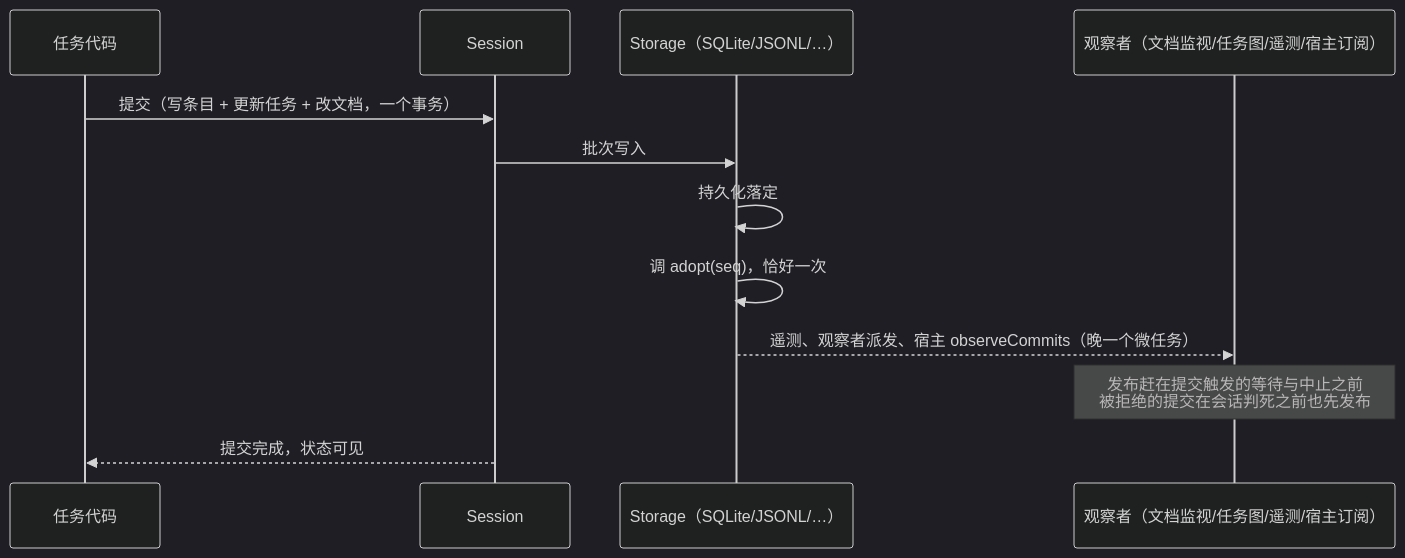
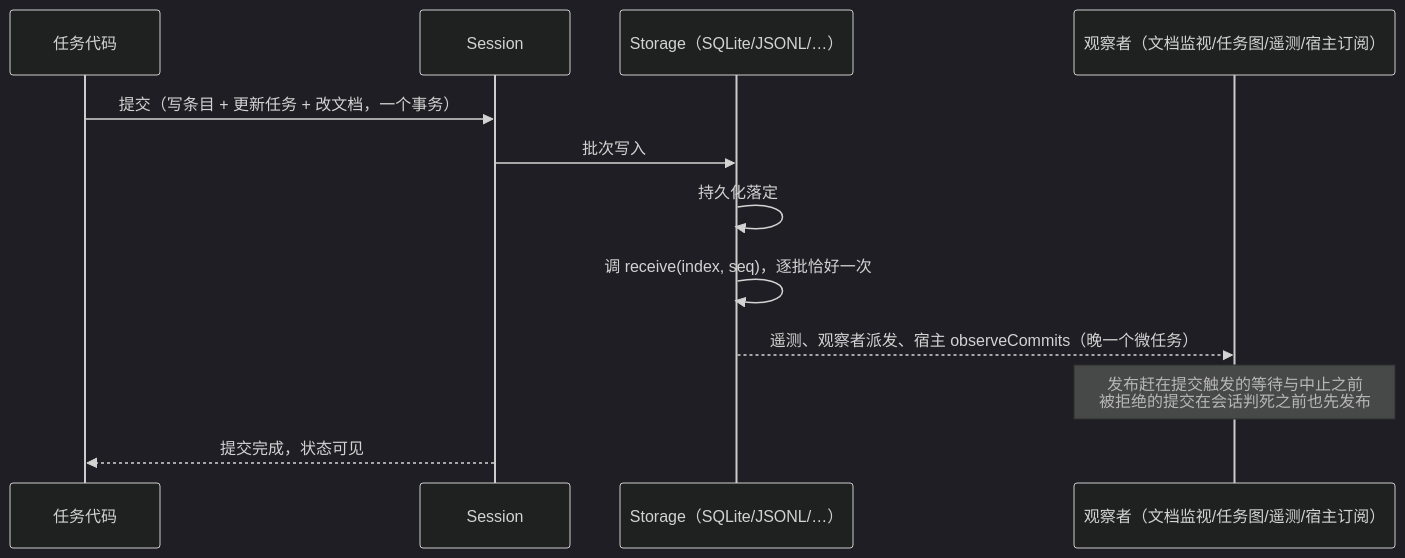
One commit to zachysun/awesome-agents-notes changed the fourth of 10 diagrams in notes/pi.md. Above: the diagram before and after it, drawn with Mermaid (dark theme). The commit also changed other lines of this file and 5 other files, not shown here.

````diff
--- a/notes/pi.md
+++ b/notes/pi.md
@@ -137,15 +137,15 @@
 ```mermaid
 sequenceDiagram
     participant CODE as 任务代码
     participant SESS as Session
     participant STORE as Storage（SQLite/JSONL/…）
     participant OBS as 观察者（文档监视/任务图/遥测/宿主订阅）
 
     CODE->>SESS: 提交（写条目 + 更新任务 + 改文档，一个事务）
     SESS->>STORE: 批次写入
     STORE->>STORE: 持久化落定
-    STORE->>STORE: 调 adopt(seq)，恰好一次
+    STORE->>STORE: 调 receive(index, seq)，逐批恰好一次
     STORE-->>OBS: 遥测、观察者派发、宿主 observeCommits（晚一个微任务）
     Note over OBS: 发布赶在提交触发的等待与中止之前<br/>被拒绝的提交在会话判死之前也先发布
     SESS-->>CODE: 提交完成，状态可见
 ```
````
